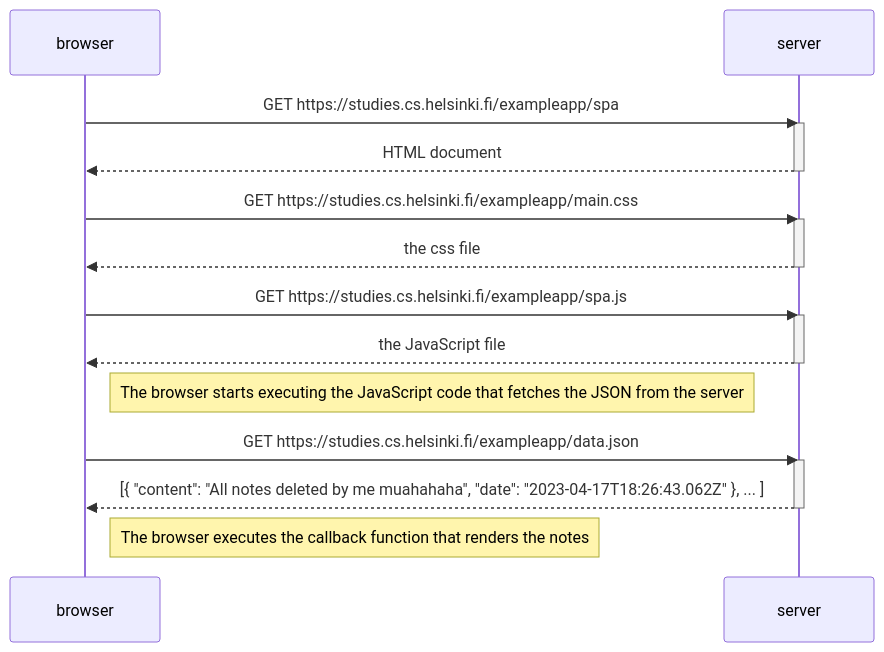
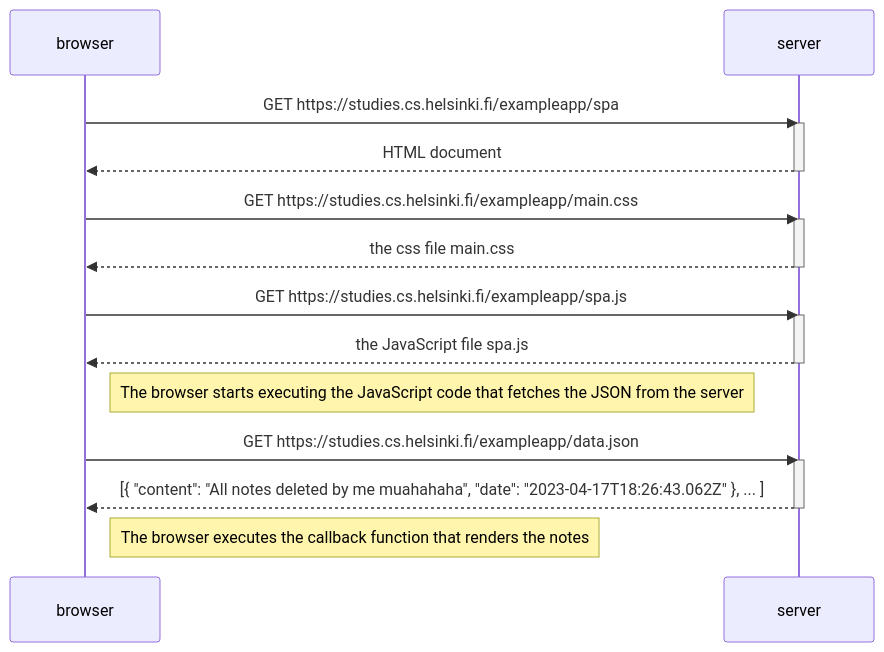
One commit to Piranya/part0 changed the first of 2 diagrams in spa.md. Above: the diagram before and after it, drawn with Mermaid. The commit also changed other lines of this file, not shown here.

````diff
--- a/spa.md
+++ b/spa.md
@@ -1,29 +1,29 @@
 ```mermaid
 sequenceDiagram
     participant browser
     participant server
 
     browser->>server: GET https://studies.cs.helsinki.fi/exampleapp/spa
     activate server
     server-->>browser: HTML document
     deactivate server
 
     browser->>server: GET https://studies.cs.helsinki.fi/exampleapp/main.css
     activate server
-    server-->>browser: the css file
+    server-->>browser: the css file main.css
     deactivate server
 
     browser->>server: GET https://studies.cs.helsinki.fi/exampleapp/spa.js
     activate server
-    server-->>browser: the JavaScript file
+    server-->>browser: the JavaScript file spa.js
     deactivate server
 
     Note right of browser: The browser starts executing the JavaScript code that fetches the JSON from the server
 
     browser->>server: GET https://studies.cs.helsinki.fi/exampleapp/data.json
     activate server
     server-->>browser: [{ "content": "All notes deleted by me muahahaha", "date": "2023-04-17T18:26:43.062Z" }, ... ]
     deactivate server
 
     Note right of browser: The browser executes the callback function that renders the notes
 ```
````
